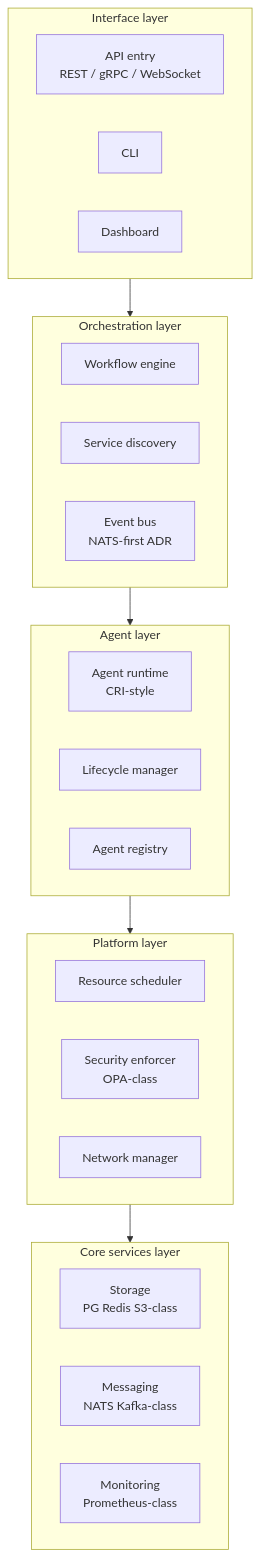
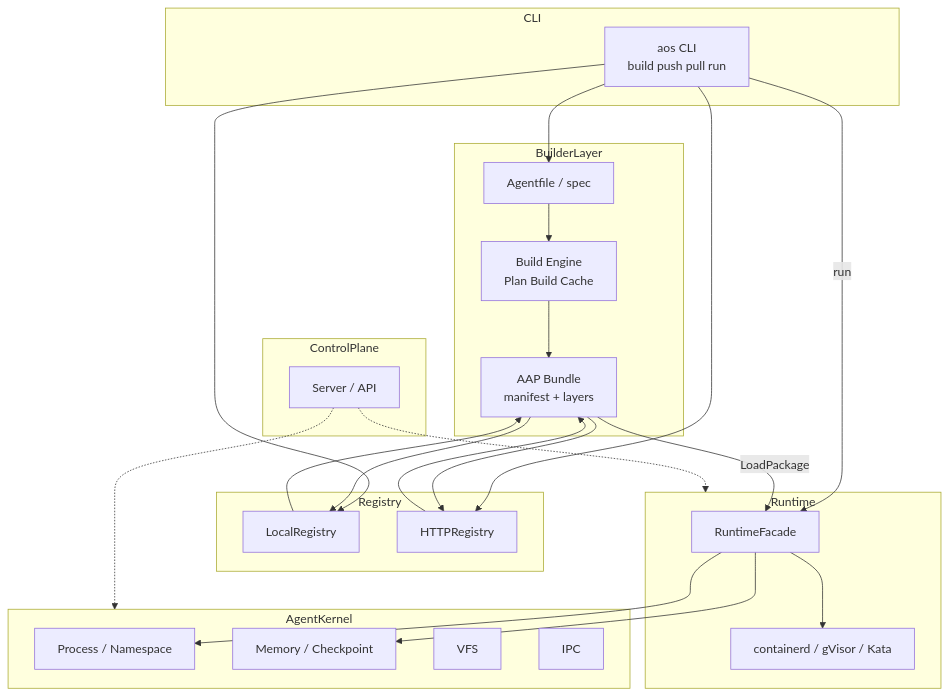
One commit to deepelementlab/openos changed the diagram in README.md. Above: the diagram before and after it, drawn with Mermaid. The commit also changed other lines of this file, not shown here.

````diff
--- a/README.md
+++ b/README.md
@@ -98,39 +98,53 @@
 ```mermaid
 flowchart TB
-    subgraph IF["Interface layer"]
-        direction LR
-        GW["API entry\nREST / gRPC / WebSocket"]
-        CLI["CLI"]
-        UI["Dashboard"]
-    end
+  subgraph cli [CLI]
+    aos["aos CLI\nbuild push pull run"]
+  end
 
-    subgraph OR["Orchestration layer"]
-        direction LR
-        WE["Workflow engine"]
-        DISC["Service discovery"]
-        BUS["Event bus\nNATS-first ADR"]
-    end
+  subgraph builder [BuilderLayer]
+    spec["Agentfile / spec"]
+    engine["Build Engine\nPlan Build Cache"]
+    aap["AAP Bundle\nmanifest + layers"]
+  end
 
-    subgraph AG["Agent layer"]
-        direction LR
-        RT["Agent runtime\nCRI-style"]
-        LM["Lifecycle manager"]
-        REG["Agent registry"]
-    end
+  subgraph registry [Registry]
+    localReg["LocalRegistry"]
+    httpReg["HTTPRegistry"]
+  end
 
-    subgraph PL["Platform layer"]
-        direction LR
-        SCH["Resource scheduler"]
-        SEC["Security enforcer\nOPA-class"]
-        NET["Network manager"]
-    end
+  subgraph kernel [AgentKernel]
+    proc["Process / Namespace"]
+    mem["Memory / Checkpoint"]
+    vfs["VFS"]
+    ipc["IPC"]
+  end
 
-    subgraph CS["Core services layer"]
-        direction LR
-        STG["Storage\nPG Redis S3-class"]
-        MSG["Messaging\nNATS Kafka-class"]
-        OBS["Monitoring\nPrometheus-class"]
-    end
+  subgraph runtime [Runtime]
+    facade["RuntimeFacade"]
+    backends["containerd / gVisor / Kata"]
+  end
 
-    IF --> OR --> AG --> PL --> CS
+  subgraph control [ControlPlane]
+    api["Server / API"]
+  end
+
+  aos --> spec
+  spec --> engine
+  engine --> aap
+  aos --> localReg
+  aos --> httpReg
+  aap --> localReg
+  aap --> httpReg
+  localReg --> aap
+  httpReg --> aap
+
+  aos -->|"run"| facade
+  aap -->|"LoadPackage"| facade
+  facade --> backends
+  facade --> proc
+  facade --> mem
+
+  api -.-> kernel
+  api -.-> runtime
+
 ```
````
